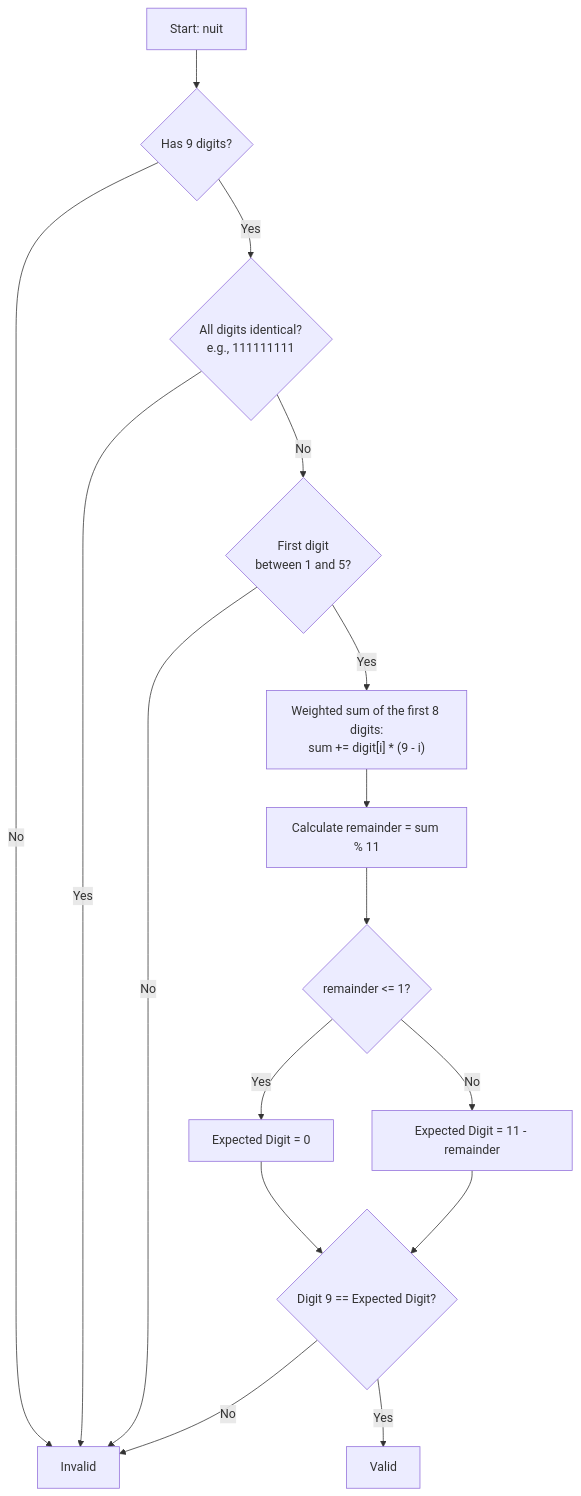
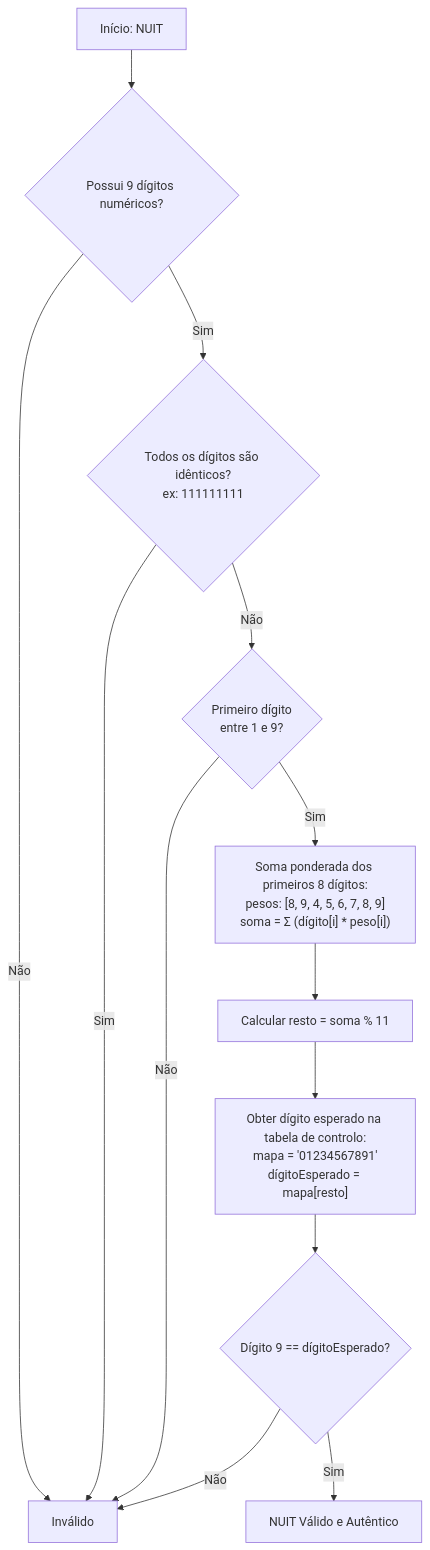
Before and after one commit to iradoweck/moz-utils: the first of 2 diagrams in docs/mozambiquekiwi.md, drawn with Mermaid. The commit also changed other lines of this file and 64 other files, not shown here.

````diff
--- a/docs/mozambiquekiwi.md
+++ b/docs/mozambiquekiwi.md
@@ -19,18 +21,15 @@
 ```mermaid
 graph TD
-    A[Start: nuit] --> B{Has 9 digits?}
-    B -- No --> C[Invalid]
-    B -- Yes --> D{All digits identical?<br/>e.g., 111111111}
-    D -- Yes --> C
-    D -- No --> E{First digit<br/>between 1 and 5?}
-    E -- No --> C
-    E -- Yes --> F["Weighted sum of the first 8 digits:<br/>sum += digit[i] * (9 - i)"]
-    F --> G[Calculate remainder = sum % 11]
-    G --> H{remainder <= 1?}
-    H -- Yes --> I[Expected Digit = 0]
-    H -- No --> J[Expected Digit = 11 - remainder]
-    I --> K{Digit 9 == Expected Digit?}
-    J --> K
-    K -- Yes --> L[Valid]
-    K -- No --> C
+    A[Início: NUIT] --> B{Possui 9 dígitos numéricos?}
+    B -- Não --> C[Inválido]
+    B -- Sim --> D{Todos os dígitos são idênticos?<br/>ex: 111111111}
+    D -- Sim --> C
+    D -- Não --> E{Primeiro dígito<br/>entre 1 e 9?}
+    E -- Não --> C
+    E -- Sim --> F["Soma ponderada dos primeiros 8 dígitos:<br/>pesos: [8, 9, 4, 5, 6, 7, 8, 9]<br/>soma = Σ (dígito[i] * peso[i])"]
+    F --> G["Calcular resto = soma % 11"]
+    G --> H["Obter dígito esperado na tabela de controlo:<br/>mapa = '01234567891'<br/>dígitoEsperado = mapa[resto]"]
+    H --> I{Dígito 9 == dígitoEsperado?}
+    I -- Sim --> J[NUIT Válido e Autêntico]
+    I -- Não --> C
 ```
````
